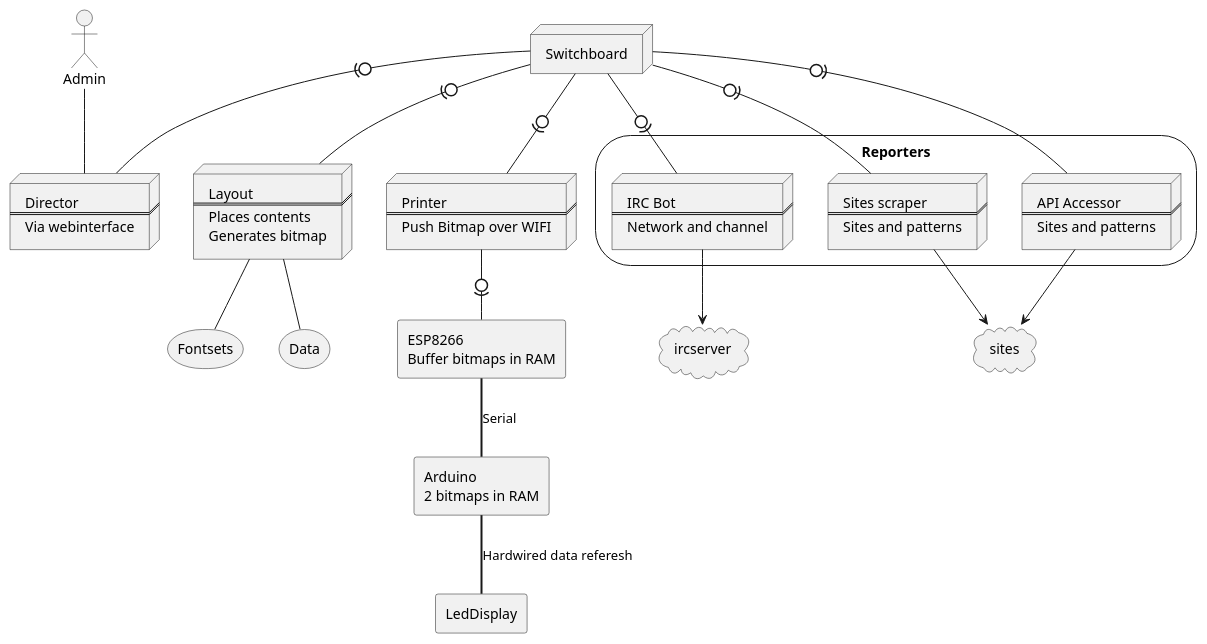
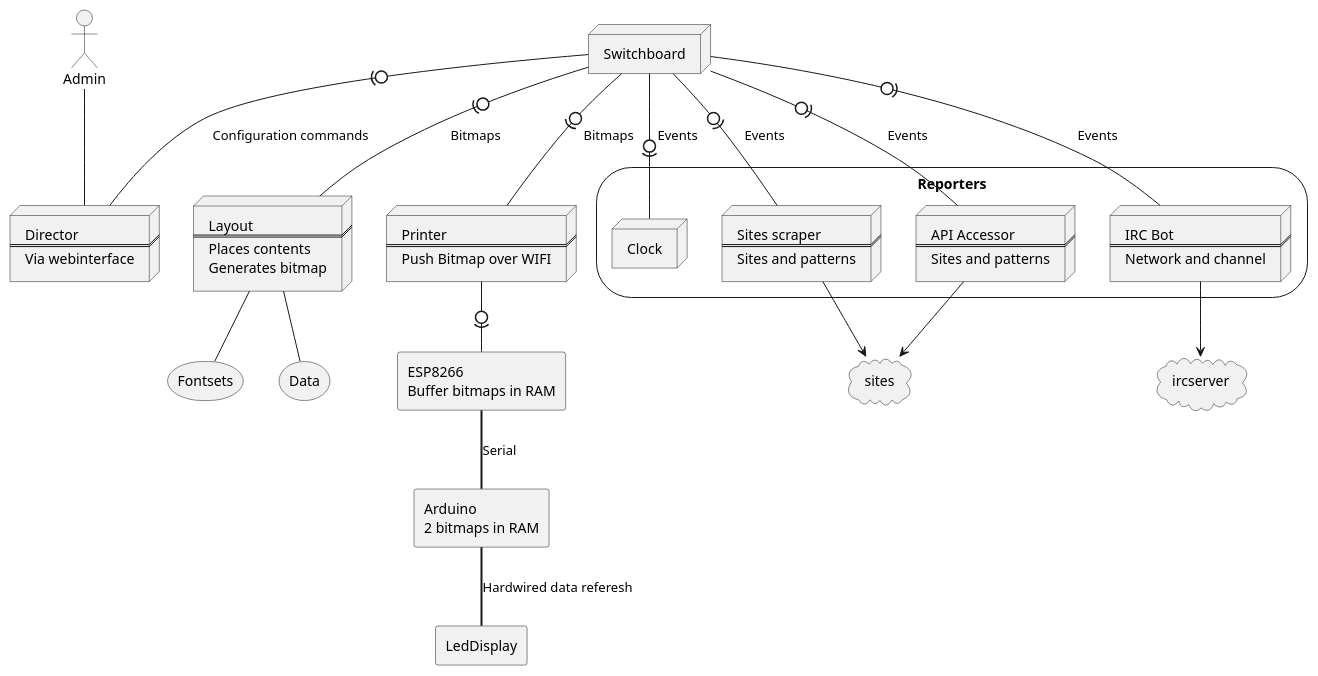
One commit to chotee/ledslie-old changed the diagram in docs/deployment.pu. Above: the diagram before and after it, drawn with PlantUML. The commit also changed 2 other files, not shown here.

```diff
--- a/docs/deployment.pu
+++ b/docs/deployment.pu
@@ -1,66 +1,67 @@
 @startuml
 actor Admin
 agent Esp8266 [
 ESP8266
 Buffer bitmaps in RAM
 ]
 agent Arduino [
 Arduino
 2 bitmaps in RAM
 ]
 agent LedDisplay
 node Director[
 Director
 ===
 Via webinterface
 ]
 node Switchboard
 storage Reporters {
-node IRCBot [
-IRC Bot
-===
-Network and channel
-]
-
+node Clock
 node Webscraper [
 Sites scraper
 ===
 Sites and patterns
 ]
 node APIAccessor [
 API Accessor
 ===
 Sites and patterns
+]
+node IRCBot [
+IRC Bot
+===
+Network and channel
 ]
 }
 node Layout [
 Layout
 ===
 Places contents
 Generates bitmap
 ]
 storage Fontsets
 storage Data
 node Printer [
 Printer
 ===
 Push Bitmap over WIFI
 ]
 Admin -- Director
 cloud sites
 cloud ircserver
 Layout -- Data
 Layout -- Fontsets
-Switchboard -0)- Director
-Switchboard -0)- Printer
-Switchboard -0)- IRCBot
-Switchboard -0)- Webscraper
-Switchboard -0)- APIAccessor
-Switchboard -0)-  Layout
+Switchboard -0)- Director : Configuration commands
+Switchboard -0)- Printer : Bitmaps
+Switchboard -0)- IRCBot : Events
+Switchboard -0)- Webscraper : Events
+Switchboard -0)- APIAccessor : Events
+Switchboard -0)- Clock : Events
+Switchboard -0)-  Layout : Bitmaps
 Printer -0)- Esp8266
 Webscraper --> sites
 APIAccessor --> sites
 IRCBot --> ircserver
 Esp8266 == Arduino: Serial
 Arduino == LedDisplay: Hardwired data referesh
 @enduml
```
